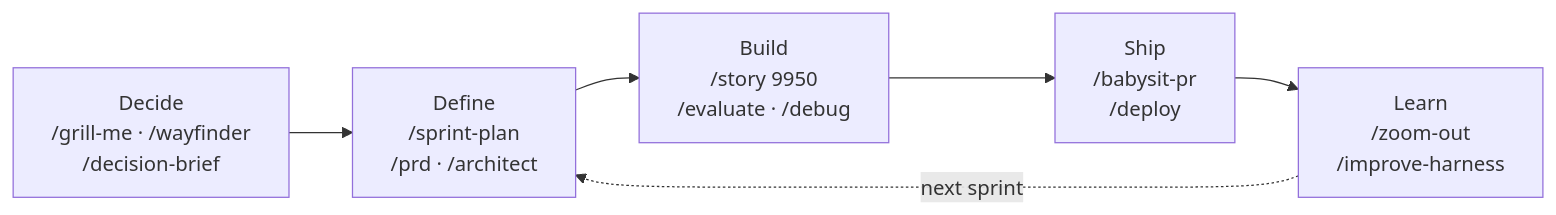
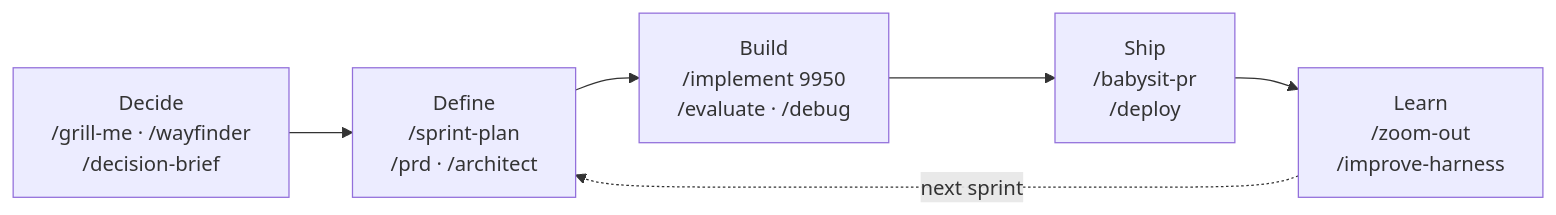
The third of 3 diagrams in README.md (anudeeps28/claude-code-harness), drawn with Mermaid before and after one commit. The commit also changed other lines of this file and 55 other files, not shown here.

First line of the commit message:
feat(implement): one build skill, /story and /run-tasks retired (F7 #61)

````diff
--- a/README.md
+++ b/README.md
@@ -113,11 +139,11 @@
 ```mermaid
 flowchart LR
     D["Decide<br/>/grill-me · /wayfinder<br/>/decision-brief"]
     Def["Define<br/>/sprint-plan<br/>/prd · /architect"]
-    B["Build<br/>/story 9950<br/>/evaluate · /debug"]
+    B["Build<br/>/implement 9950<br/>/evaluate · /debug"]
     S["Ship<br/>/babysit-pr<br/>/deploy"]
     L["Learn<br/>/zoom-out<br/>/improve-harness"]
 
     D --> Def --> B --> S --> L
     L -.->|"next sprint"| Def
 ```
````
